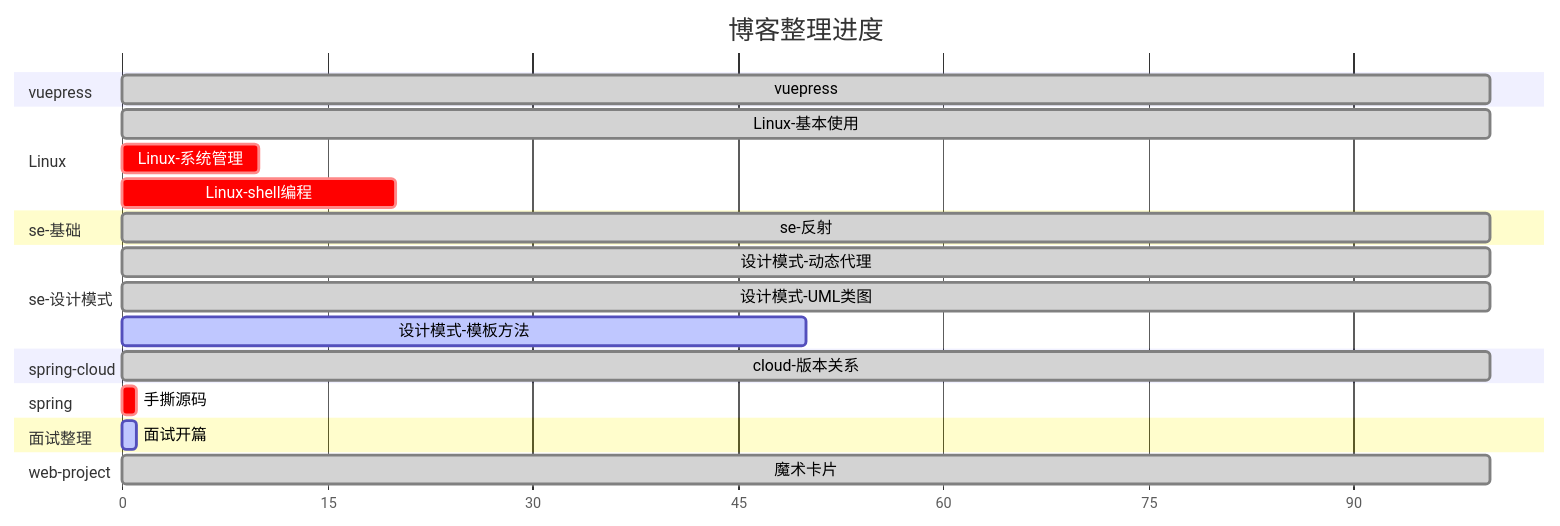
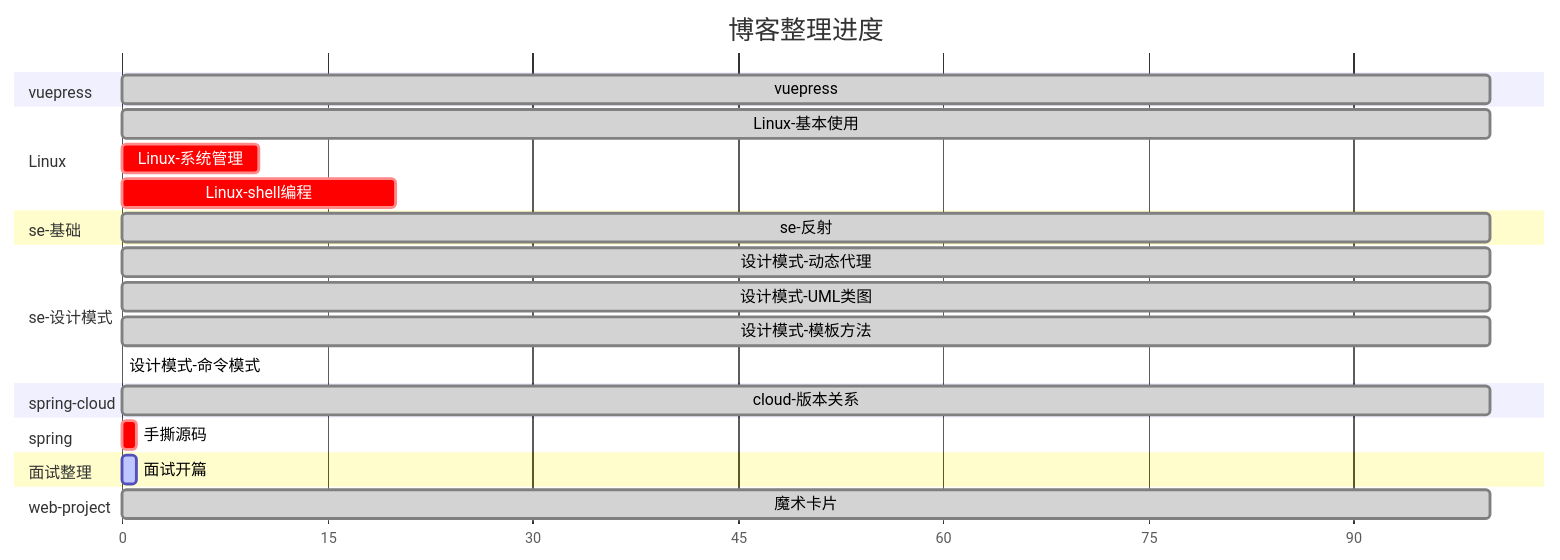
Before and after one commit to zs-mcu/docs: the diagram in docs/README.md, drawn with Mermaid. The commit also changed 9 other files, not shown here.

Commit message:
模板方法|命令模式

````diff
--- a/docs/README.md
+++ b/docs/README.md
@@ -30,29 +30,30 @@
 ```mermaid
 gantt
   title 博客整理进度
   dateFormat X
   axisFormat %s
   section vuepress
   vuepress        : done,0,100
   section Linux
   Linux-基本使用    : done,0,100
   Linux-系统管理    : crit,0,10
   Linux-shell编程   : crit,0,20
   section se-基础
   se-反射           :  done,0, 100
 
   section se-设计模式
   设计模式-动态代理   : done,0, 100
   设计模式-UML类图   : done,0,100
-  设计模式-模板方法   : active,0,50
+  设计模式-模板方法   : done,0,100
+  设计模式-命令模式   : crit,0,0
 
 
   section spring-cloud
   cloud-版本关系    : done,0, 100
   section spring
   手撕源码          : crit,0, 1
   section 面试整理
   面试开篇          : active,0, 1
   section web-project
   魔术卡片          : done,0,100
 ```
````
